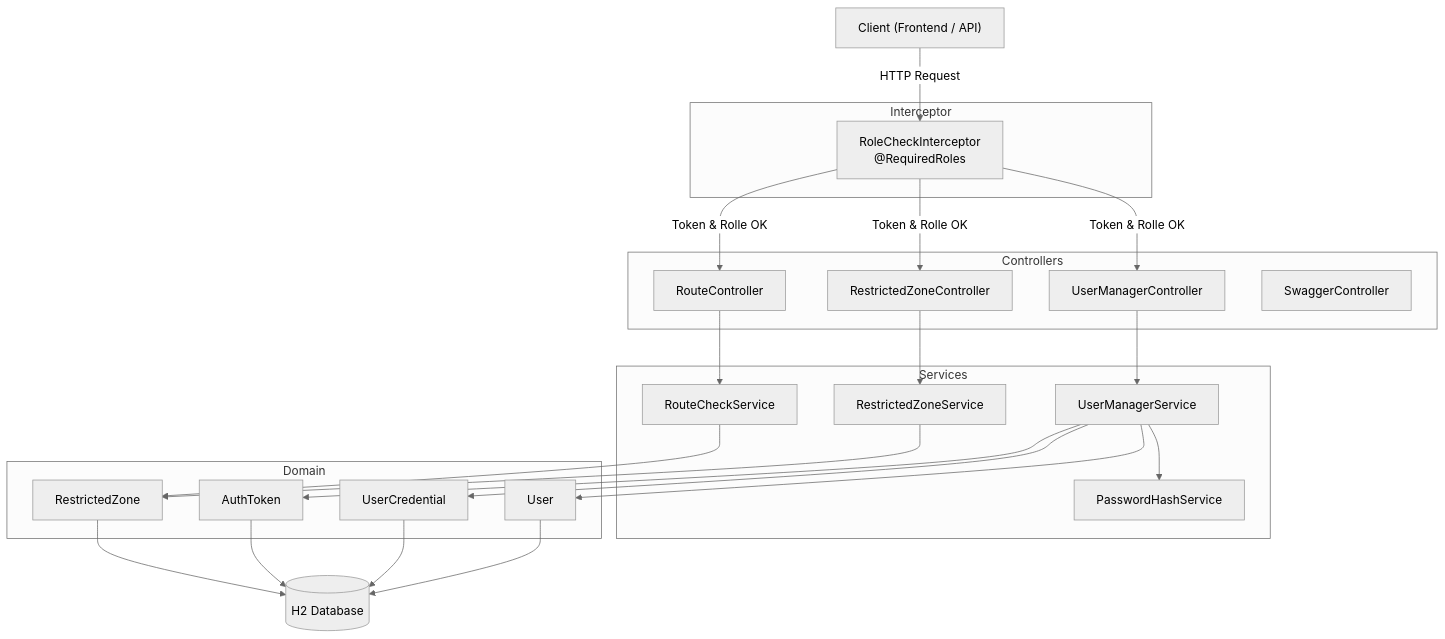
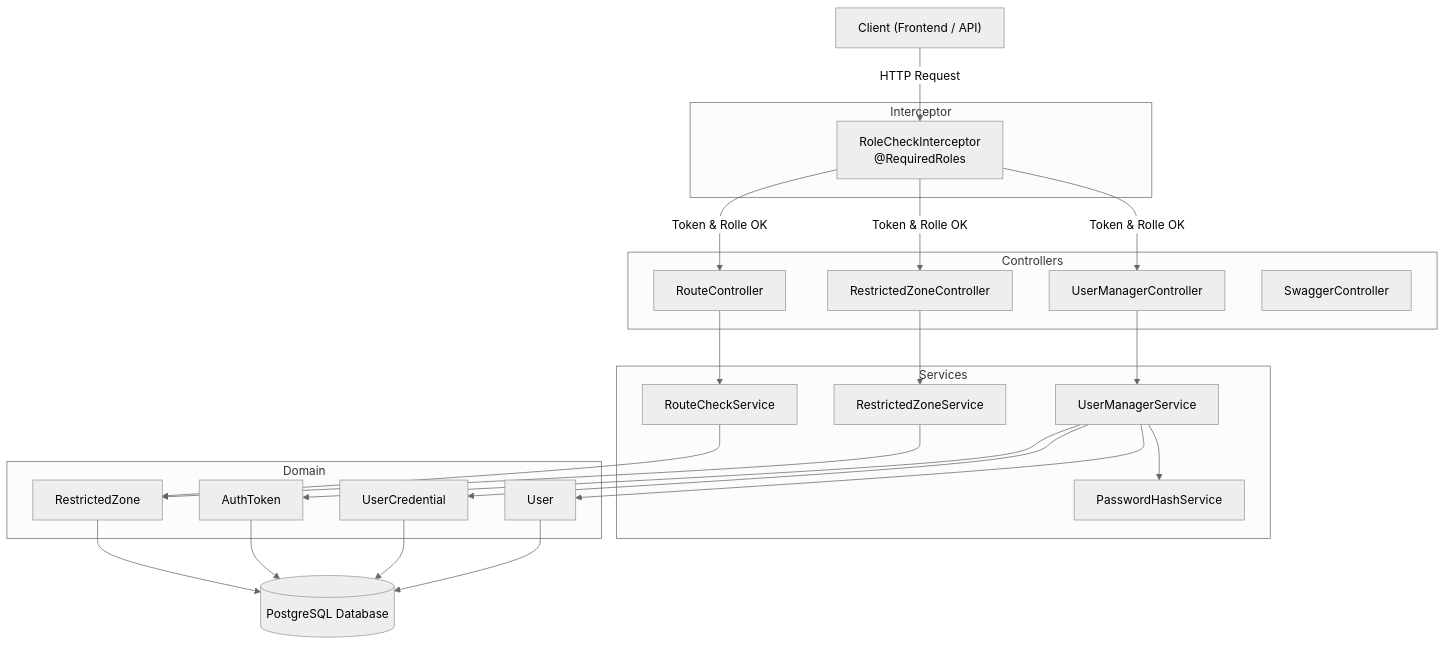
The diagram in docs/architecture/BACKEND_ARCHITECTURE.md (g8rdier/urban-flow-governance), drawn with Mermaid (neutral theme) before and after one commit. The commit also changed 1 other file, not shown here.

Commit message:
docs: Fixed diagrams

````diff
--- a/docs/architecture/BACKEND_ARCHITECTURE.md
+++ b/docs/architecture/BACKEND_ARCHITECTURE.md
@@ -9,49 +9,49 @@
 ```mermaid
 graph TD
     Client["Client (Frontend / API)"]
 
     subgraph Interceptor
         RI["RoleCheckInterceptor<br/>@RequiredRoles"]
     end
 
     subgraph Controllers
         UC[UserManagerController]
         ZC[RestrictedZoneController]
         RC[RouteController]
         SC[SwaggerController]
     end
 
     subgraph Services
         UMS[UserManagerService]
         RZS[RestrictedZoneService]
         RCS[RouteCheckService]
         PHS[PasswordHashService]
     end
 
     subgraph Domain
         U[User]
         UCRED[UserCredential]
         AT[AuthToken]
         RZ[RestrictedZone]
     end
 
-    DB[(H2 Database)]
+    DB[(PostgreSQL Database)]
 
     Client -->|HTTP Request| RI
     RI -->|Token & Rolle OK| UC
     RI -->|Token & Rolle OK| ZC
     RI -->|Token & Rolle OK| RC
     UC --> UMS
     ZC --> RZS
     RC --> RCS
     UMS --> PHS
     UMS --> U
     UMS --> UCRED
     UMS --> AT
     RZS --> RZ
     RCS --> RZ
     U --> DB
     UCRED --> DB
     AT --> DB
     RZ --> DB
 ```
````
